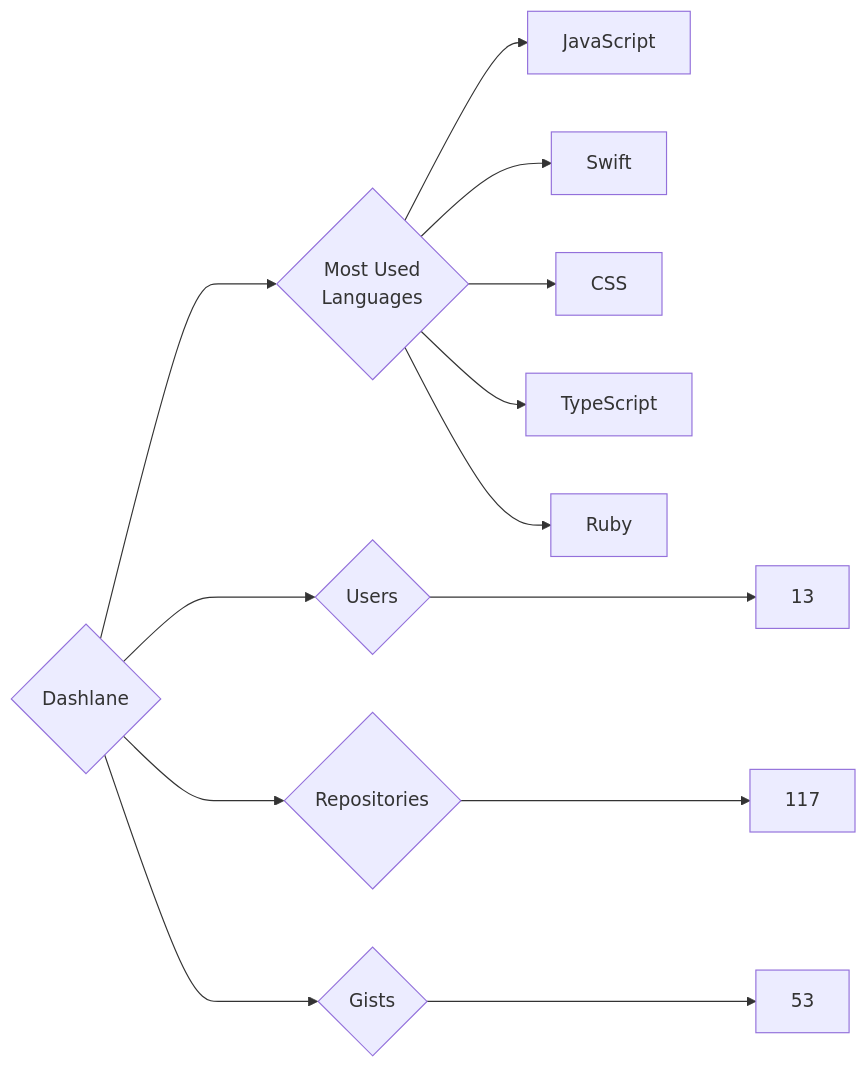
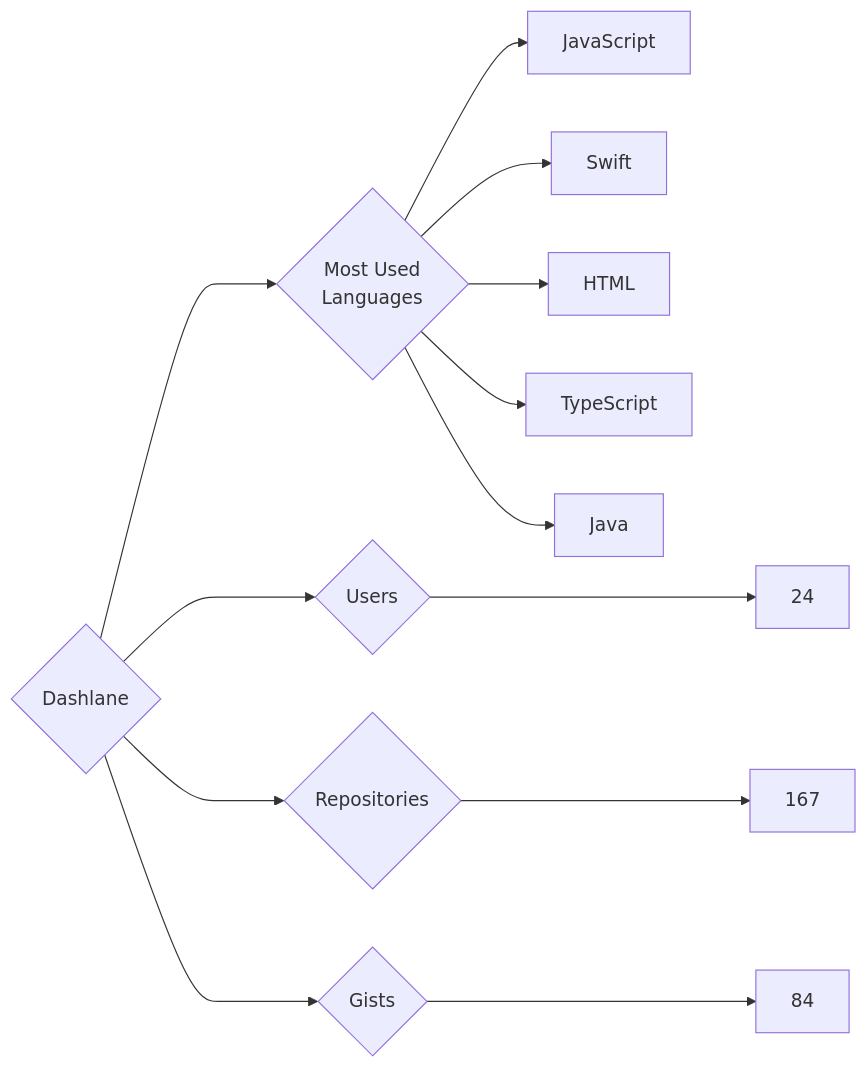
The diagram in targets/Dashlane/README.md (trickest/insiders), drawn with Mermaid before and after one commit. The commit also changed 916 other files, not shown here.

````diff
--- a/targets/Dashlane/README.md
+++ b/targets/Dashlane/README.md
@@ -3,13 +3,13 @@
 ```mermaid
 graph LR
 COMPANY_NAME{Dashlane}
-COMPANY_NAME ---> U{Users} ---> UN[13]
-COMPANY_NAME ---> R{Repositories} ---> RN[117]
-COMPANY_NAME ---> G{Gists} ---> GN[53]
+COMPANY_NAME ---> U{Users} ---> UN[24]
+COMPANY_NAME ---> R{Repositories} ---> RN[167]
+COMPANY_NAME ---> G{Gists} ---> GN[84]
 COMPANY_NAME ---> ML{Most Used<br>Languages}
 ML --> JavaScript[JavaScript]
 ML --> Swift[Swift]
-ML --> CSS[CSS]
+ML --> HTML[HTML]
 ML --> TypeScript[TypeScript]
-ML --> Ruby[Ruby]
+ML --> Java[Java]
 ```
````
